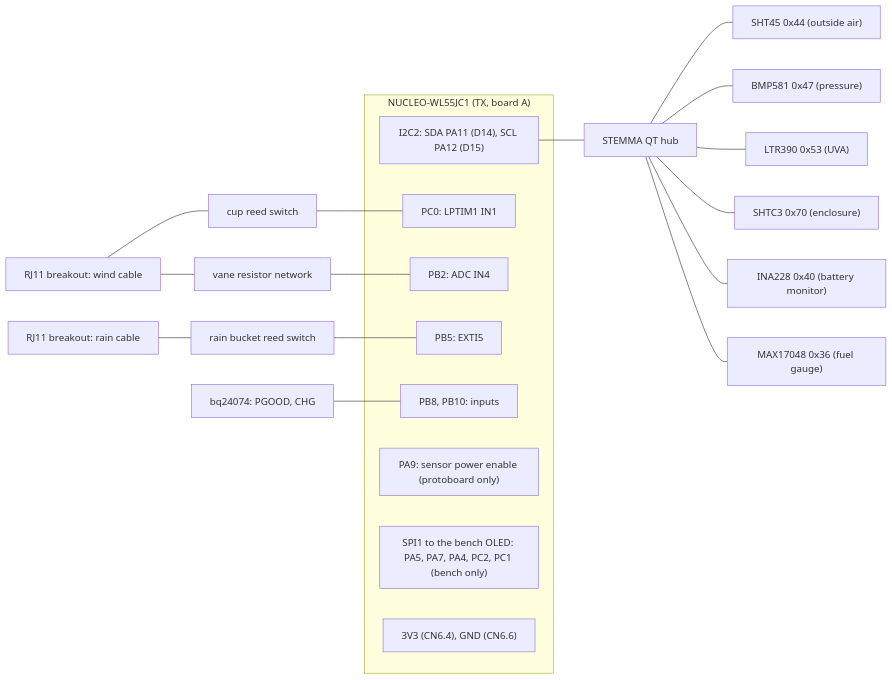
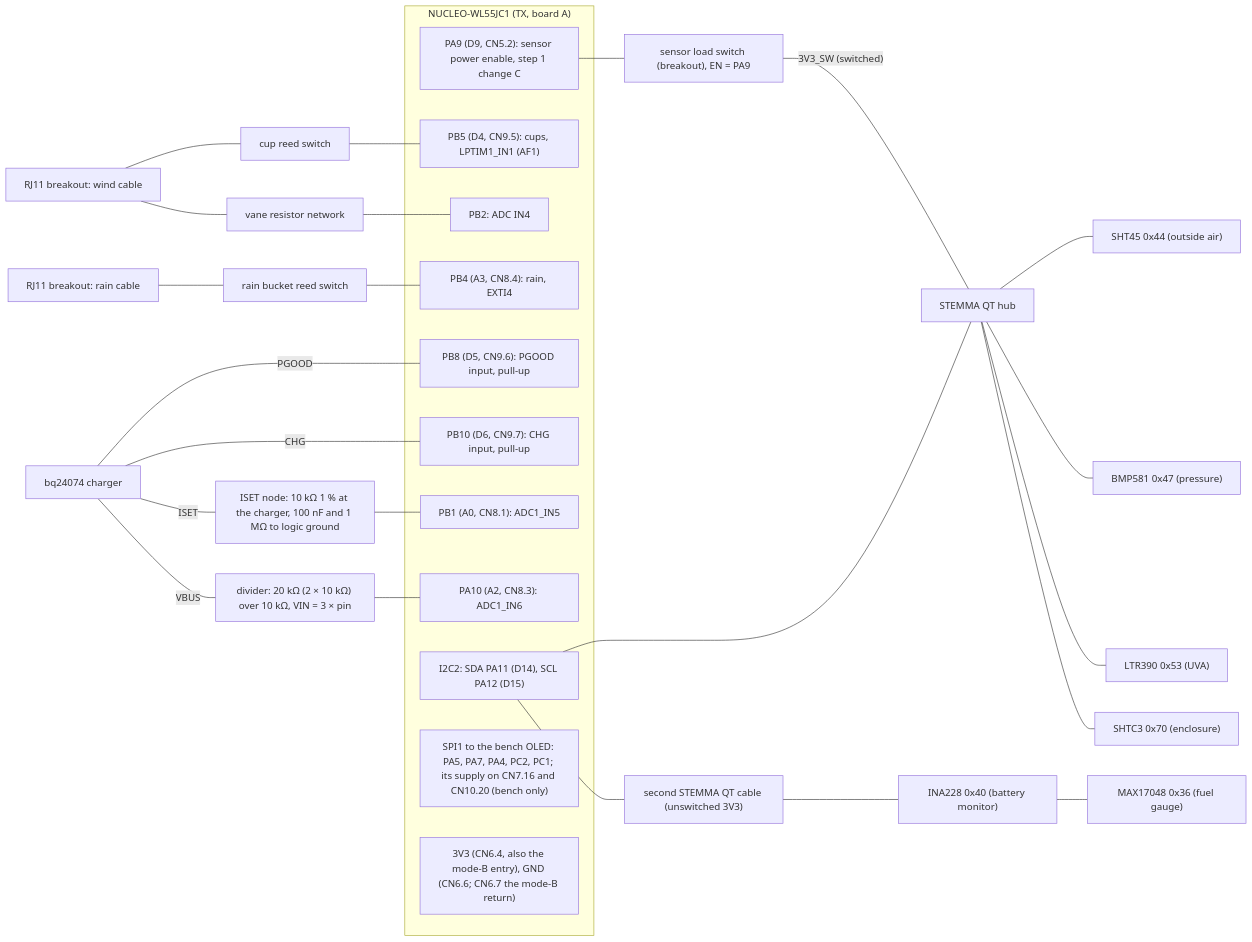
Before and after one commit to clintecker/weather-station-2026: the diagram in docs/hardware/bench-station-wiring.md, drawn with Mermaid. The commit also changed other lines of this file and 303 other files, not shown here.

````diff
--- a/docs/hardware/bench-station-wiring.md
+++ b/docs/hardware/bench-station-wiring.md
@@ -23,27 +35,38 @@
 ```mermaid
 flowchart LR
   subgraph N["NUCLEO-WL55JC1 (TX, board A)"]
     I2C["I2C2: SDA PA11 (D14), SCL PA12 (D15)"]
-    PC0["PC0: LPTIM1 IN1"]
+    PB5["PB5 (D4, CN9.5): cups, LPTIM1_IN1 (AF1)"]
     PB2["PB2: ADC IN4"]
-    PB5["PB5: EXTI5"]
-    PB8["PB8, PB10: inputs"]
-    PA9["PA9: sensor power enable (protoboard only)"]
-    SPI["SPI1 to the bench OLED: PA5, PA7, PA4, PC2, PC1 (bench only)"]
-    V33["3V3 (CN6.4), GND (CN6.6)"]
+    PB4["PB4 (A3, CN8.4): rain, EXTI4"]
+    PB8["PB8 (D5, CN9.6): PGOOD input, pull-up"]
+    PB10["PB10 (D6, CN9.7): CHG input, pull-up"]
+    PB1["PB1 (A0, CN8.1): ADC1_IN5"]
+    PA10["PA10 (A2, CN8.3): ADC1_IN6"]
+    PA9["PA9 (D9, CN5.2): sensor power enable, step 1 change C"]
+    SPI["SPI1 to the bench OLED: PA5, PA7, PA4, PC2, PC1; its supply on CN7.16 and CN10.20 (bench only)"]
+    V33["3V3 (CN6.4, also the mode-B entry), GND (CN6.6; CN6.7 the mode-B return)"]
   end
-  HUB["STEMMA QT hub"] --- SHT45["SHT45 0x44 (outside air)"]
+  LSW["sensor load switch (breakout), EN = PA9"] -- "3V3_SW (switched)" --- HUB["STEMMA QT hub"]
+  PA9 --- LSW
+  HUB --- SHT45["SHT45 0x44 (outside air)"]
   HUB --- BMP["BMP581 0x47 (pressure)"]
   HUB --- LTR["LTR390 0x53 (UVA)"]
   HUB --- SHTC3["SHTC3 0x70 (enclosure)"]
-  HUB --- INA["INA228 0x40 (battery monitor)"]
-  HUB --- MAX["MAX17048 0x36 (fuel gauge)"]
+  QTM["second STEMMA QT cable (unswitched 3V3)"] --- INA["INA228 0x40 (battery monitor)"]
+  INA --- MAX["MAX17048 0x36 (fuel gauge)"]
   I2C --- HUB
+  I2C --- QTM
   RJW["RJ11 breakout: wind cable"] --- CUPS["cup reed switch"]
   RJW --- VANE["vane resistor network"]
   RJR["RJ11 breakout: rain cable"] --- RAIN["rain bucket reed switch"]
-  CUPS --- PC0
+  CUPS --- PB5
   VANE --- PB2
-  RAIN --- PB5
-  BQ["bq24074: PGOOD, CHG"] --- PB8
+  RAIN --- PB4
+  BQ["bq24074 charger"] -- "PGOOD" --- PB8
+  BQ -- "CHG" --- PB10
+  BQ -- "ISET" --- ISETN["ISET node: 10 kΩ 1 % at the charger, 100 nF and 1 MΩ to logic ground"]
+  ISETN --- PB1
+  BQ -- "VBUS" --- DIV["divider: 20 kΩ (2 × 10 kΩ) over 10 kΩ, VIN = 3 × pin"]
+  DIV --- PA10
 ```
````
